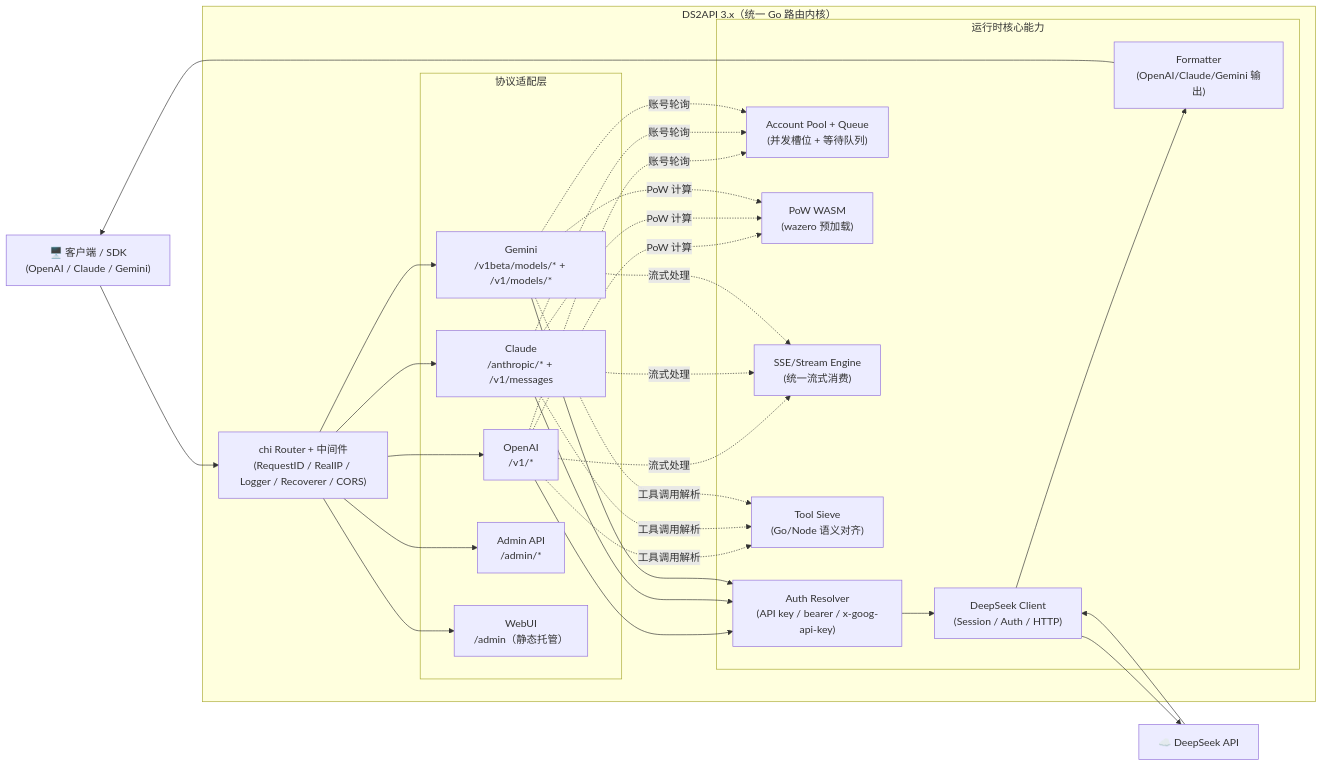
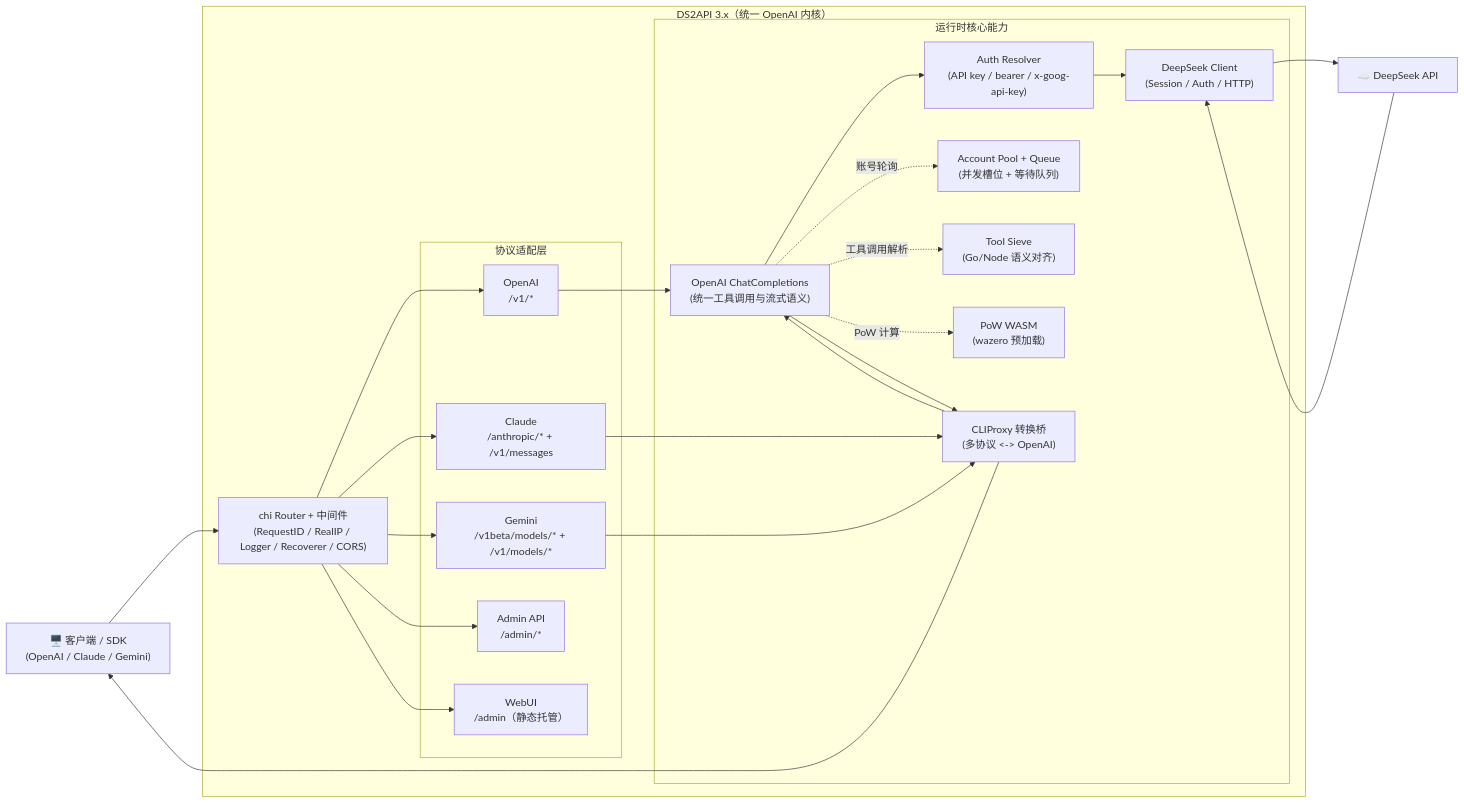
One commit to 1cyberlangke1/dsp changed the diagram in README.MD. Above: the diagram before and after it, drawn with Mermaid. The commit also changed other lines of this file and 6 other files, not shown here.

Commit message:
Align docs and adapters with unified OpenAI proxy architecture

````diff
--- a/README.MD
+++ b/README.MD
@@ -29,44 +29,45 @@
 ```mermaid
 flowchart LR
     Client["🖥️ 客户端 / SDK\n(OpenAI / Claude / Gemini)"]
     Upstream["☁️ DeepSeek API"]
 
-    subgraph DS2API["DS2API 3.x（统一 Go 路由内核）"]
+    subgraph DS2API["DS2API 3.x（统一 OpenAI 内核）"]
         Router["chi Router + 中间件\n(RequestID / RealIP / Logger / Recoverer / CORS)"]
 
         subgraph Adapters["协议适配层"]
             OA["OpenAI\n/v1/*"]
             CA["Claude\n/anthropic/* + /v1/messages"]
             GA["Gemini\n/v1beta/models/* + /v1/models/*"]
             Admin["Admin API\n/admin/*"]
             WebUI["WebUI\n/admin（静态托管）"]
         end
 
         subgraph Runtime["运行时核心能力"]
+            Bridge["CLIProxy 转换桥\n(多协议 <-> OpenAI)"]
+            OAEngine["OpenAI ChatCompletions\n(统一工具调用与流式语义)"]
             Auth["Auth Resolver\n(API key / bearer / x-goog-api-key)"]
             Pool["Account Pool + Queue\n(并发槽位 + 等待队列)"]
             DSClient["DeepSeek Client\n(Session / Auth / HTTP)"]
             Pow["PoW WASM\n(wazero 预加载)"]
-            SSE["SSE/Stream Engine\n(统一流式消费)"]
             Tool["Tool Sieve\n(Go/Node 语义对齐)"]
-            Render["Formatter\n(OpenAI/Claude/Gemini 输出)"]
         end
     end
 
     Client --> Router
     Router --> OA & CA & GA
     Router --> Admin
     Router --> WebUI
 
-    OA & CA & GA --> Auth
-    OA & CA & GA -.账号轮询.-> Pool
-    OA & CA & GA -.工具调用解析.-> Tool
-    OA & CA & GA -.流式处理.-> SSE
-    OA & CA & GA -.PoW 计算.-> Pow
-
+    OA --> OAEngine
+    CA & GA --> Bridge
+    Bridge --> OAEngine
+    OAEngine --> Auth
+    OAEngine -.账号轮询.-> Pool
+    OAEngine -.工具调用解析.-> Tool
+    OAEngine -.PoW 计算.-> Pow
     Auth --> DSClient
     DSClient --> Upstream
     Upstream --> DSClient
-    DSClient --> Render
-    Render --> Client
+    OAEngine --> Bridge
+    Bridge --> Client
 ```
````
